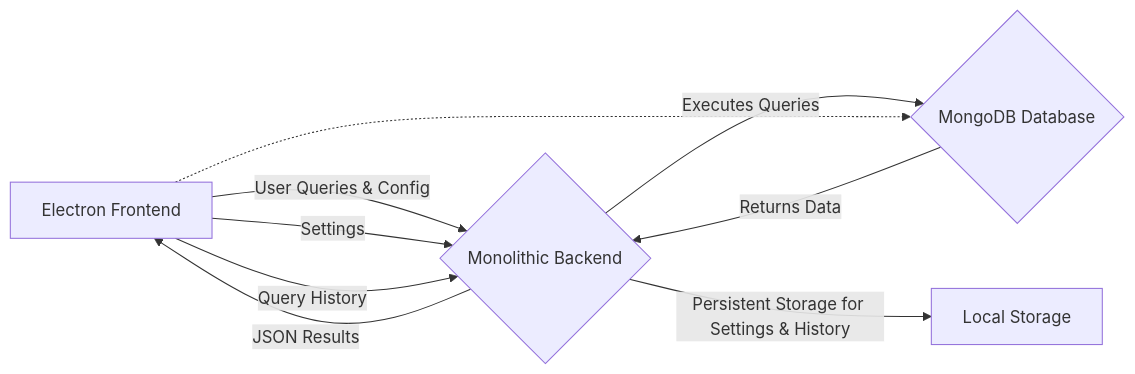
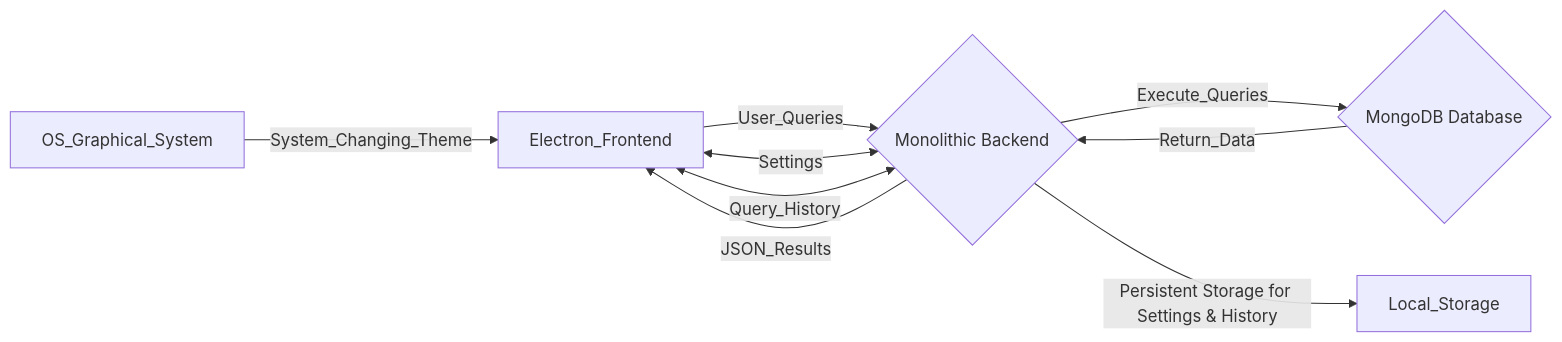
One commit to vladislavlobanov/my-electron-app changed the diagram in Diagram.mermaid. Above: the diagram before and after it, drawn with Mermaid.

```diff
--- a/Diagram.mermaid
+++ b/Diagram.mermaid
@@ -1,9 +1,9 @@
-graph LR
-  A[Electron Frontend] -->|User Queries & Config| B{Monolithic Backend}
-  B -->|Executes Queries| C{MongoDB Database}
-  C -->|Returns Data| B
-  B -->|JSON Results| A
-  A-.-> C
-  A -->|Settings| B
-  A -->|Query History| B
-  B -->|Persistent Storage for Settings & History| D[Local Storage]
+flowchart LR
+    E["OS_Graphical_System"] -- "System_Changing_Theme" --> A["Electron_Frontend"]
+    A["Electron_Frontend"] -- "User_Queries" --> B{"Monolithic Backend"}
+    B -- "Execute_Queries" --> C{"MongoDB Database"}
+    C -- "Return_Data" --> B
+    B -- "JSON_Results" --> A
+    A <-- "Settings" --> B
+    A <-- "Query_History" --> B
+    B -- "Persistent Storage for Settings & History" --> D["Local_Storage"]
```
